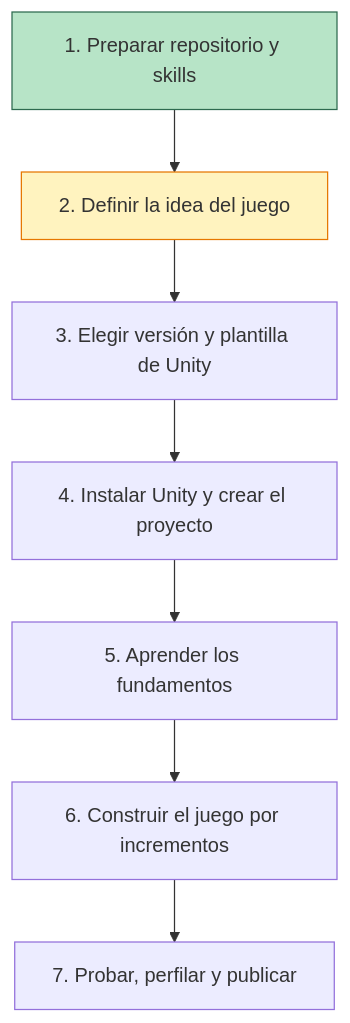
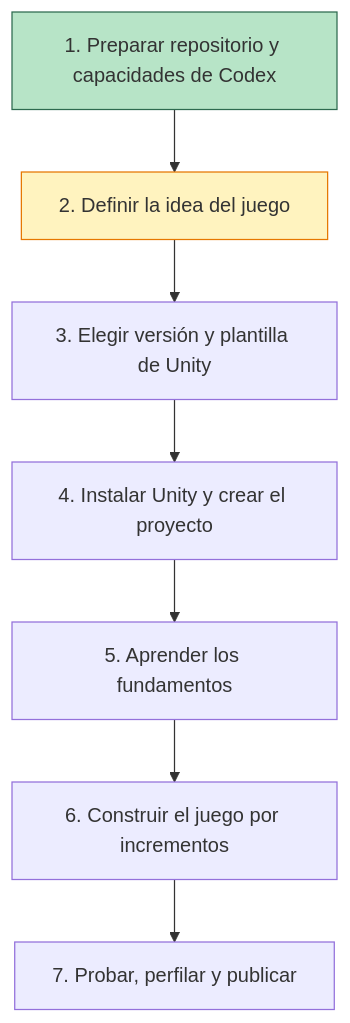
One commit to jcarrenogallego/learning-unity changed the first of 2 diagrams in docs/00-ruta-de-aprendizaje.md. Above: the diagram before and after it, drawn with Mermaid. The commit also changed other lines of this file and 4 other files, not shown here.

````diff
--- a/docs/00-ruta-de-aprendizaje.md
+++ b/docs/00-ruta-de-aprendizaje.md
@@ -7,12 +7,12 @@
 ```mermaid
 flowchart TD
-    A[1. Preparar repositorio y skills] --> B[2. Definir la idea del juego]
+    A[1. Preparar repositorio y capacidades de Codex] --> B[2. Definir la idea del juego]
     B --> C[3. Elegir versión y plantilla de Unity]
     C --> D[4. Instalar Unity y crear el proyecto]
     D --> E[5. Aprender los fundamentos]
     E --> F[6. Construir el juego por incrementos]
     F --> G[7. Probar, perfilar y publicar]
 
     style A fill:#b7e4c7,stroke:#2d6a4f
     style B fill:#fff3bf,stroke:#e67700
 ```
````
